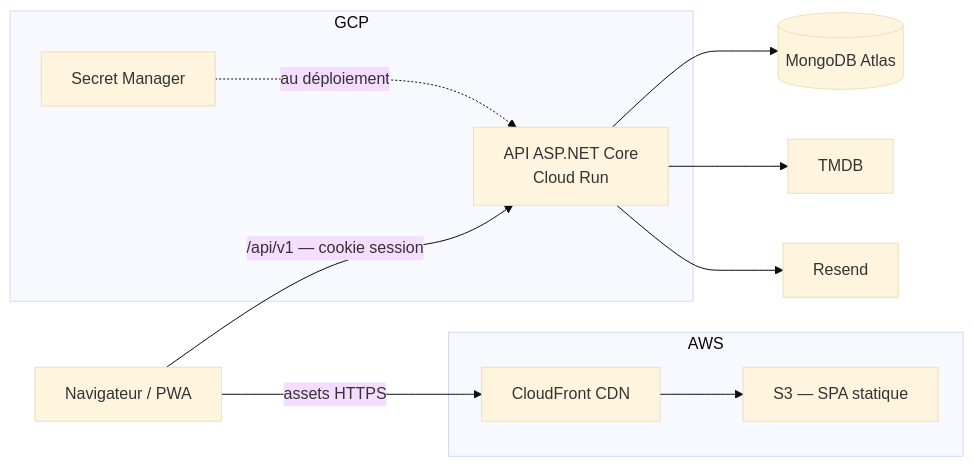
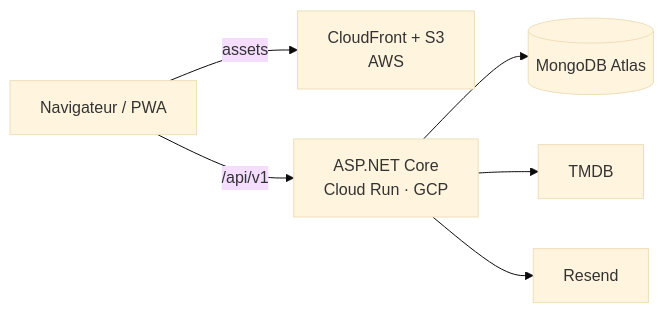
One commit to Affy657/Movie-Picker changed the diagram in docs/RNCP/bloc-3-coordination-pilotage/slides/slides.md. Above: the diagram before and after it, drawn with Mermaid (base theme). The commit also changed other lines of this file and 6 other files, not shown here.

````diff
--- a/docs/RNCP/bloc-3-coordination-pilotage/slides/slides.md
+++ b/docs/RNCP/bloc-3-coordination-pilotage/slides/slides.md
@@ -2082,17 +2094,9 @@
-```mermaid {scale: 0.62}
+```mermaid
 flowchart LR
   U["Navigateur / PWA"]
-  subgraph AWS
-    CF["CloudFront CDN"] --> S3["S3 — SPA statique"]
-  end
-  subgraph GCP
-    CR["API ASP.NET Core<br/>Cloud Run"]
-    SM["Secret Manager"]
-    SM -.->|au déploiement| CR
-  end
-  U -->|assets HTTPS| CF
-  U -->|/api/v1 — cookie session| CR
+  U -->|assets| CF["CloudFront + S3<br/>AWS"]
+  U -->|/api/v1| CR["ASP.NET Core<br/>Cloud Run · GCP"]
   CR --> M[("MongoDB Atlas")]
   CR --> TMDB["TMDB"]
   CR --> RS["Resend"]
 ```
````
